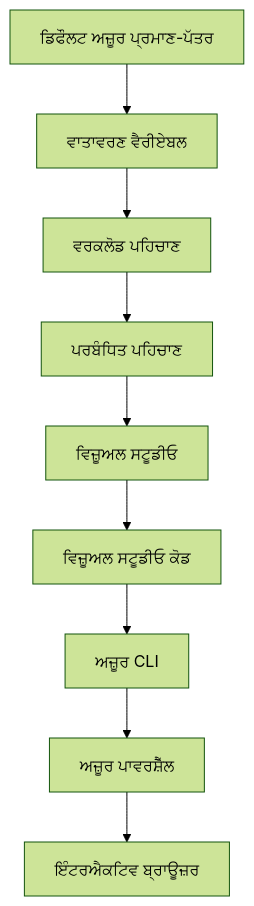
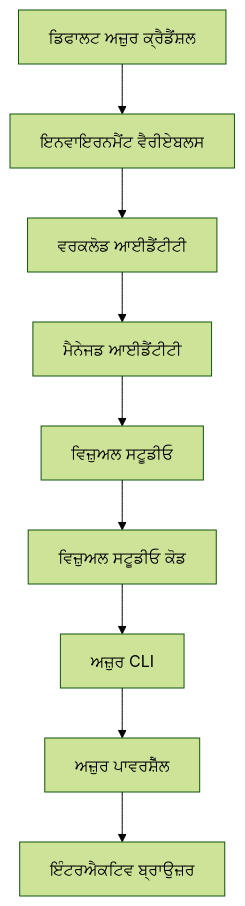
The second of 2 diagrams in translations/pa/docs/chapter-01-foundation/azd-basics.md (microsoft/AZD-for-beginners), drawn with Mermaid (forest theme) before and after one commit. The commit also changed other lines of this file and 101 other files, not shown here.

````diff
--- a/translations/pa/docs/chapter-01-foundation/azd-basics.md
+++ b/translations/pa/docs/chapter-01-foundation/azd-basics.md
@@ -592,11 +591,11 @@
 ```mermaid
 graph TD
-    A[ਡਿਫੌਲਟ ਅਜ਼ੂਰ ਪ੍ਰਮਾਣ-ਪੱਤਰ] --> B[ਵਾਤਾਵਰਣ ਵੈਰੀਏਬਲ]
-    B --> C[ਵਰਕਲੋਡ ਪਹਿਚਾਣ]
-    C --> D[ਪਰਬੰਧਿਤ ਪਹਿਚਾਣ]
-    D --> E[ਵਿਜ਼ੂਅਲ ਸਟੂਡੀਓ]
-    E --> F[ਵਿਜ਼ੂਅਲ ਸਟੂਡੀਓ ਕੋਡ]
-    F --> G[ਅਜ਼ੂਰ CLI]
-    G --> H[ਅਜ਼ੂਰ ਪਾਵਰਸ਼ੈੱਲ]
-    H --> I[ਇੰਟਰਐਕਟਿਵ ਬ੍ਰਾਊਜ਼ਰ]
+    A[ਡਿਫਾਲਟ ਅਜ਼ੁਰ ਕ੍ਰੈਡੈਂਸ਼ਲ] --> B[ਇਨਵਾਇਰਨਮੈਂਟ ਵੈਰੀਏਬਲਸ]
+    B --> C[ਵਰਕਲੋਡ ਆਈਡੈਂਟੀਟੀ]
+    C --> D[ਮੈਨੇਜਡ ਆਈਡੈਂਟੀਟੀ]
+    D --> E[ਵਿਜ਼ੁਅਲ ਸਟੂਡੀਓ]
+    E --> F[ਵਿਜ਼ੁਅਲ ਸਟੂਡੀਓ ਕੋਡ]
+    F --> G[ਅਜ਼ੁਰ CLI]
+    G --> H[ਅਜ਼ੁਰ ਪਾਵਰਸ਼ੈੱਲ]
+    H --> I[ਇੰਟਰਐਕਟਿਵ ਬ੍ਰਾਉਜ਼ਰ]
 ```
````
